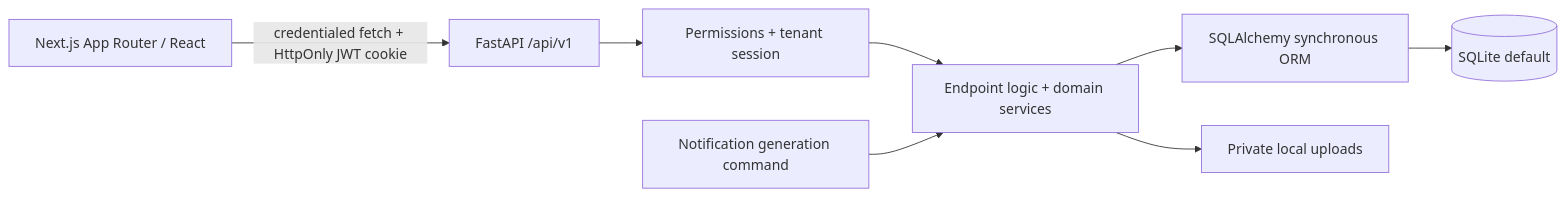
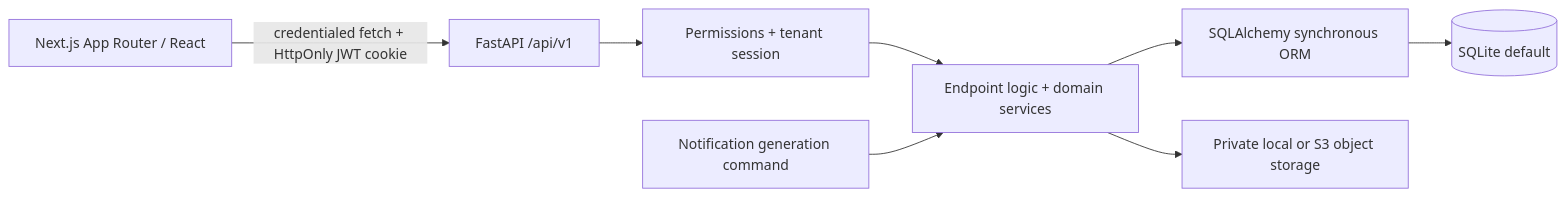
Before and after one commit to EduardJaha/VehicleFleetControl: the diagram in AGENTS.md, drawn with Mermaid. The commit also changed other lines of this file and 59 other files, not shown here.

````diff
--- a/AGENTS.md
+++ b/AGENTS.md
@@ -15,10 +15,10 @@
 ```mermaid
 flowchart LR
     UI[Next.js App Router / React] -->|credentialed fetch + HttpOnly JWT cookie| API[FastAPI /api/v1]
     API --> AUTH[Permissions + tenant session]
     AUTH --> LOGIC[Endpoint logic + domain services]
     LOGIC --> ORM[SQLAlchemy synchronous ORM]
     ORM --> DB[(SQLite default)]
-    LOGIC --> DISK[Private local uploads]
+    LOGIC --> DISK[Private local or S3 object storage]
     JOB[Notification generation command] --> LOGIC
 ```
````
